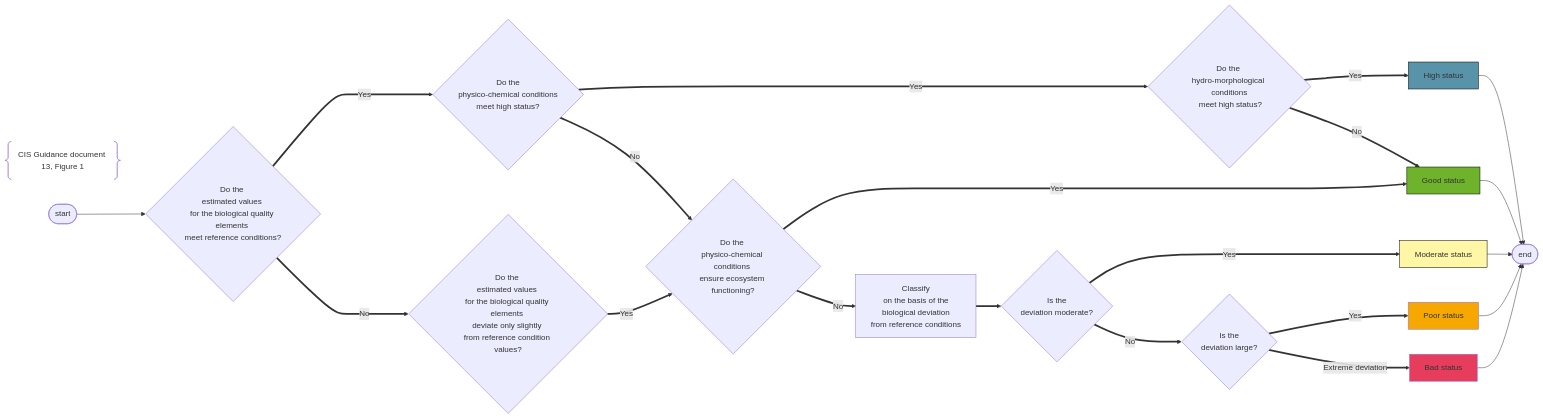
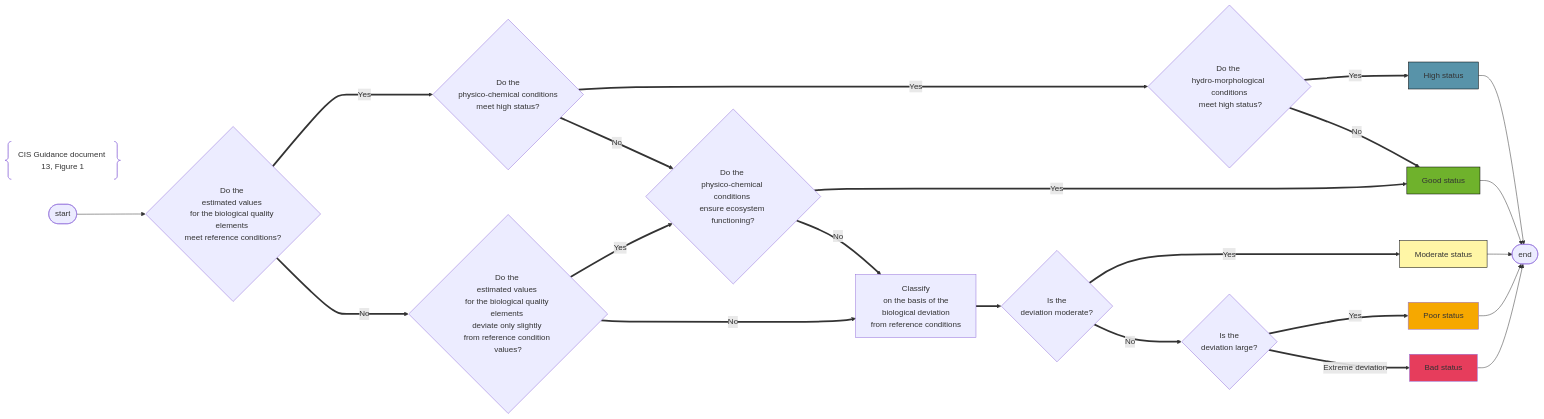
The diagram in docs/DataModelReview/mmd/SurfaceWater_EcologicalStatus_CISGuidance_Flowchart.mmd (eeadata/WISE.WFD.Documentation), drawn with Mermaid before and after one commit.

```diff
--- a/docs/DataModelReview/mmd/SurfaceWater_EcologicalStatus_CISGuidance_Flowchart.mmd
+++ b/docs/DataModelReview/mmd/SurfaceWater_EcologicalStatus_CISGuidance_Flowchart.mmd
@@ -1,68 +1,69 @@
 ---
 config:
   layout: dagre
 ---
 
 flowchart LR
 
 title@{ shape: braces, label: "CIS Guidance document 13, Figure 1" }
 
     %% Defining the nodes
 
     initial([start])
     final([end])
     
     High["High status"]:::Blue
     Good["Good status"]:::Green
     Moderate["Moderate status"]:::Yellow
     Poor["Poor status"]:::Orange
     Bad["Bad status"]:::Red    
  
     is_BQE_High{"Do the <br/>estimated values <br/>for the biological quality elements <br/>meet reference conditions?"}
     is_BQE_Good{"Do the <br/>estimated values <br/>for the biological quality elements <br/>deviate only slightly <br/>from reference condition values?"}
 
     is_PhysChemQE_High{"Do the <br/>physico-chemical conditions <br/>meet high status?"}
     is_PhysChemQE_Good{"Do the <br/>physico-chemical conditions <br/>ensure ecosystem functioning?"}
     
     is_HyMoQE_High{"Do the <br/>hydro-morphological conditions<br/> meet high status?"}
 
     ClassifyUsingBQEOnly["Classify <br/>on the basis of the <br/>biological deviation <br/>from reference conditions"]
     is_BQE_Moderate{"Is the <br/>deviation moderate?"}
     is_BQE_Poor{"Is the <br/>deviation large?"}
 
     %% Flow 
 
     initial --> is_BQE_High
     
     is_BQE_High ====> |Yes|is_PhysChemQE_High
     is_PhysChemQE_High ==>|Yes|is_HyMoQE_High
     is_HyMoQE_High ==>|Yes| High
     High --> final
 
     is_HyMoQE_High ==> |No|Good
     is_PhysChemQE_High ==>|No|is_PhysChemQE_Good
 
     is_BQE_High ==>|No|is_BQE_Good
     is_BQE_Good ==>|Yes|is_PhysChemQE_Good
+    is_BQE_Good ==>|No|ClassifyUsingBQEOnly
     is_PhysChemQE_Good ==>|Yes|Good
     Good --> final
     
     is_PhysChemQE_Good ==>|No|ClassifyUsingBQEOnly
     ClassifyUsingBQEOnly ==> is_BQE_Moderate
     is_BQE_Moderate ==>|Yes|Moderate
     Moderate --> final
     
     is_BQE_Moderate ==>|No|is_BQE_Poor
     is_BQE_Poor ==>|Yes|Poor
     Poor --> final
     
     is_BQE_Poor ==>|Extreme deviation|Bad
     Bad --> final
 
     %% styling
     classDef state stroke-width:4px,fill:transparent
     classDef Blue fill:#5893A9,stroke:black;
     classDef Green fill:#6FB22C,stroke:black;
     classDef Yellow fill:#FFF6A6,stroke:black;
     classDef Orange fill:#F6A800,black;
     classDef Red fill:#E63D5C,black;
```
